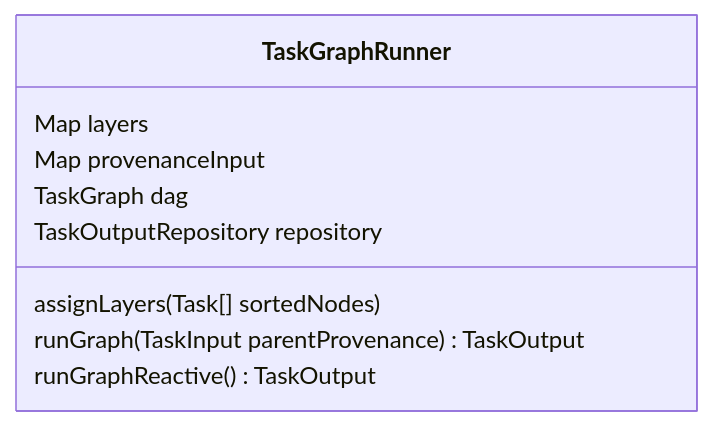
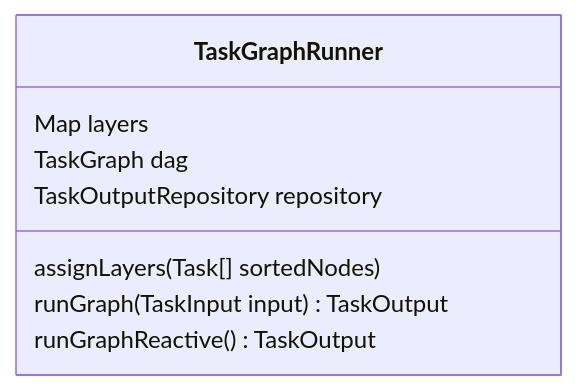
One commit to workglow-dev/workglow changed the fourth of 5 diagrams in docs/developers/02_architecture.md. Above: the diagram before and after it, drawn with Mermaid. The commit also changed other lines of this file and 23 other files, not shown here.

First line of the commit message:
[refator] Remove Provenance from task and task graph

````diff
--- a/docs/developers/02_architecture.md
+++ b/docs/developers/02_architecture.md
@@ -240,14 +240,13 @@
 ```mermaid
 classDiagram
 
   class TaskGraphRunner{
     Map<number, Task[]> layers
-    Map<unknown, TaskInput> provenanceInput
     TaskGraph dag
     TaskOutputRepository repository
     assignLayers(Task[] sortedNodes)
-    runGraph(TaskInput parentProvenance) TaskOutput
+    runGraph(TaskInput input) TaskOutput
     runGraphReactive() TaskOutput
   }
 
 ```
````
